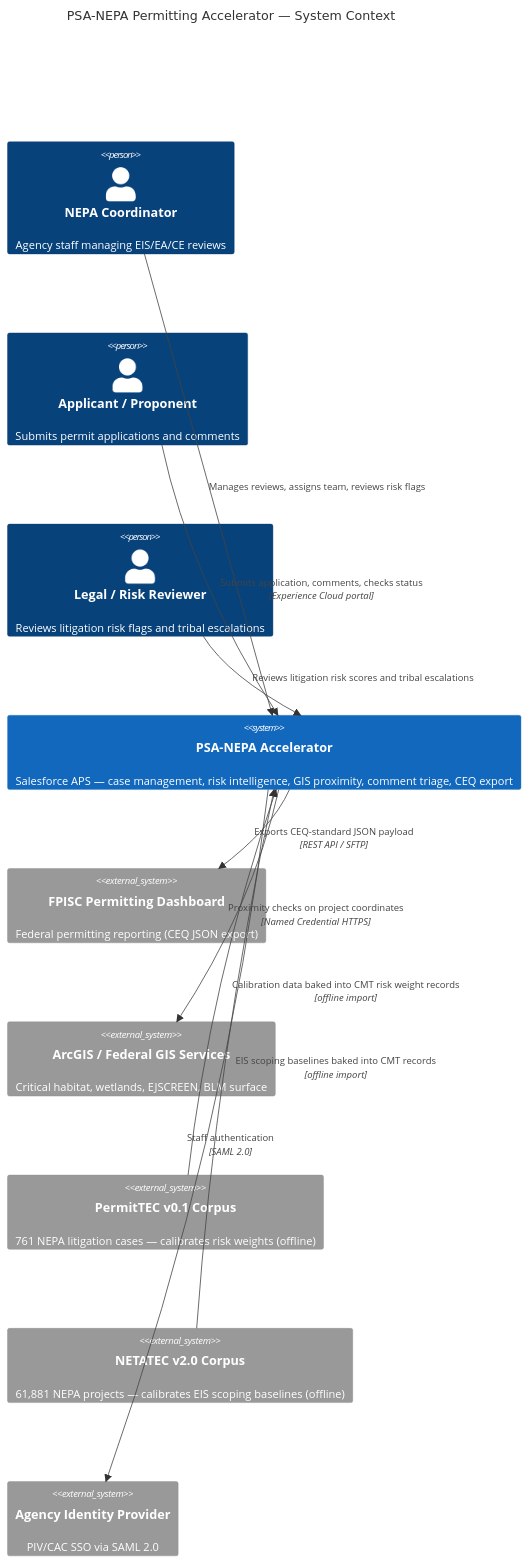
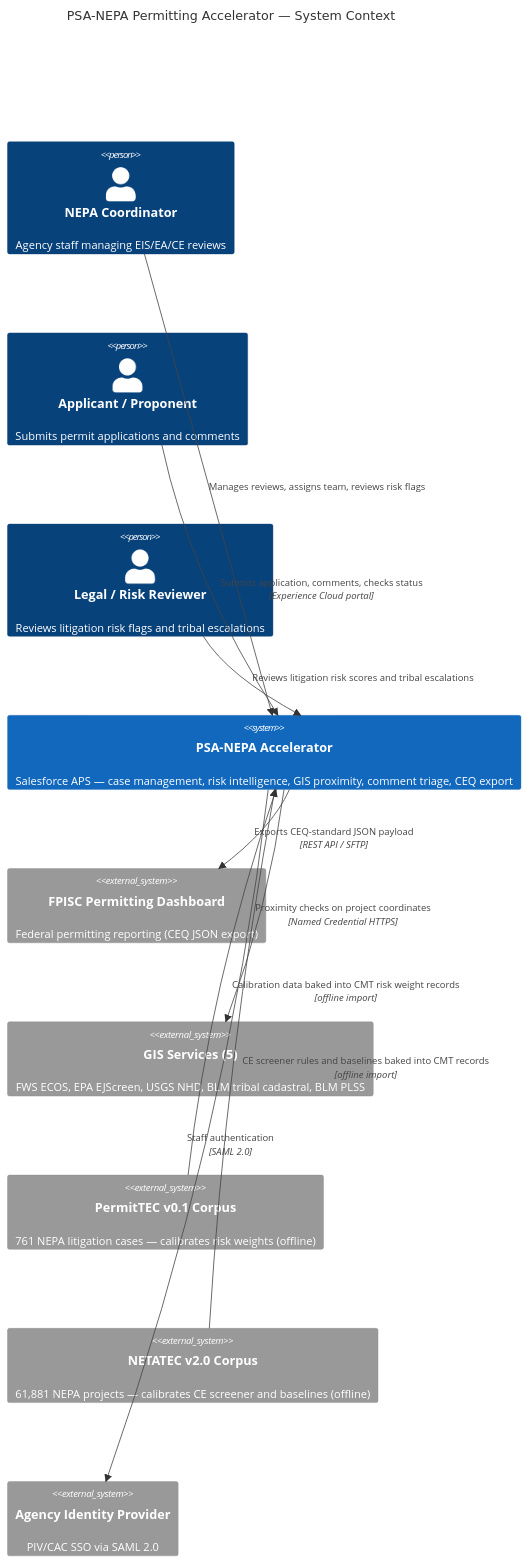
The diagram in docs/SUBMISSION-NARRATIVE.md (SFDC-Assets/PSA-NEPA-Permitting), drawn with Mermaid before and after one commit. The commit also changed other lines of this file and 65 other files, not shown here.

````diff
--- a/docs/SUBMISSION-NARRATIVE.md
+++ b/docs/SUBMISSION-NARRATIVE.md
@@ -73,25 +93,25 @@
 ```mermaid
 C4Context
     title PSA-NEPA Permitting Accelerator — System Context
 
     Person(coord, "NEPA Coordinator", "Agency staff managing EIS/EA/CE reviews")
     Person(applicant, "Applicant / Proponent", "Submits permit applications and comments")
     Person(legal, "Legal / Risk Reviewer", "Reviews litigation risk flags and tribal escalations")
 
     System(nepa, "PSA-NEPA Accelerator", "Salesforce APS — case management, risk intelligence, GIS proximity, comment triage, CEQ export")
 
     System_Ext(fpisc, "FPISC Permitting Dashboard", "Federal permitting reporting (CEQ JSON export)")
-    System_Ext(arcgis, "ArcGIS / Federal GIS Services", "Critical habitat, wetlands, EJSCREEN, BLM surface")
+    System_Ext(arcgis, "GIS Services (5)", "FWS ECOS, EPA EJScreen, USGS NHD, BLM tribal cadastral, BLM PLSS")
     System_Ext(permittec, "PermitTEC v0.1 Corpus", "761 NEPA litigation cases — calibrates risk weights (offline)")
-    System_Ext(netatec, "NETATEC v2.0 Corpus", "61,881 NEPA projects — calibrates EIS scoping baselines (offline)")
+    System_Ext(netatec, "NETATEC v2.0 Corpus", "61,881 NEPA projects — calibrates CE screener and baselines (offline)")
     System_Ext(idp, "Agency Identity Provider", "PIV/CAC SSO via SAML 2.0")
 
     Rel(coord, nepa, "Manages reviews, assigns team, reviews risk flags")
     Rel(applicant, nepa, "Submits application, comments, checks status", "Experience Cloud portal")
     Rel(legal, nepa, "Reviews litigation risk scores and tribal escalations")
     Rel(nepa, fpisc, "Exports CEQ-standard JSON payload", "REST API / SFTP")
     Rel(nepa, arcgis, "Proximity checks on project coordinates", "Named Credential HTTPS")
     Rel(nepa, idp, "Staff authentication", "SAML 2.0")
     Rel(permittec, nepa, "Calibration data baked into CMT risk weight records", "offline import")
-    Rel(netatec, nepa, "EIS scoping baselines baked into CMT records", "offline import")
+    Rel(netatec, nepa, "CE screener rules and baselines baked into CMT records", "offline import")
 ```
````
